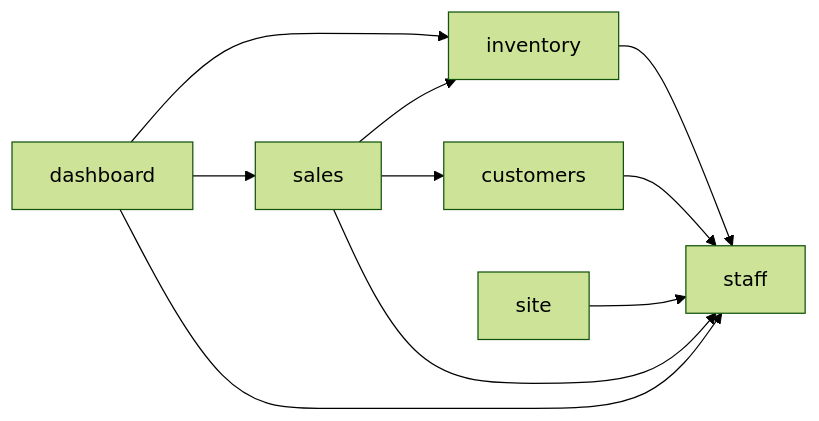
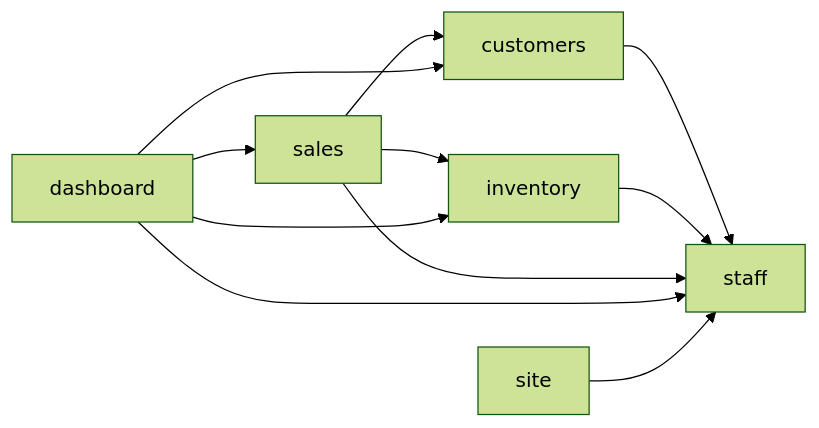
The diagram in docs/wiki/README.md (Ignibyte/aic-demo), drawn with Mermaid (forest theme) before and after one commit. The commit also changed other lines of this file and 36 other files, not shown here.

````diff
--- a/docs/wiki/README.md
+++ b/docs/wiki/README.md
@@ -57,13 +58,14 @@
 ```mermaid
 graph LR
     staff
     customers --> staff
     inventory --> staff
     sales --> inventory
     sales --> customers
     sales --> staff
+    dashboard --> customers
     dashboard --> inventory
     dashboard --> sales
     dashboard --> staff
     site --> staff
 ```
````
